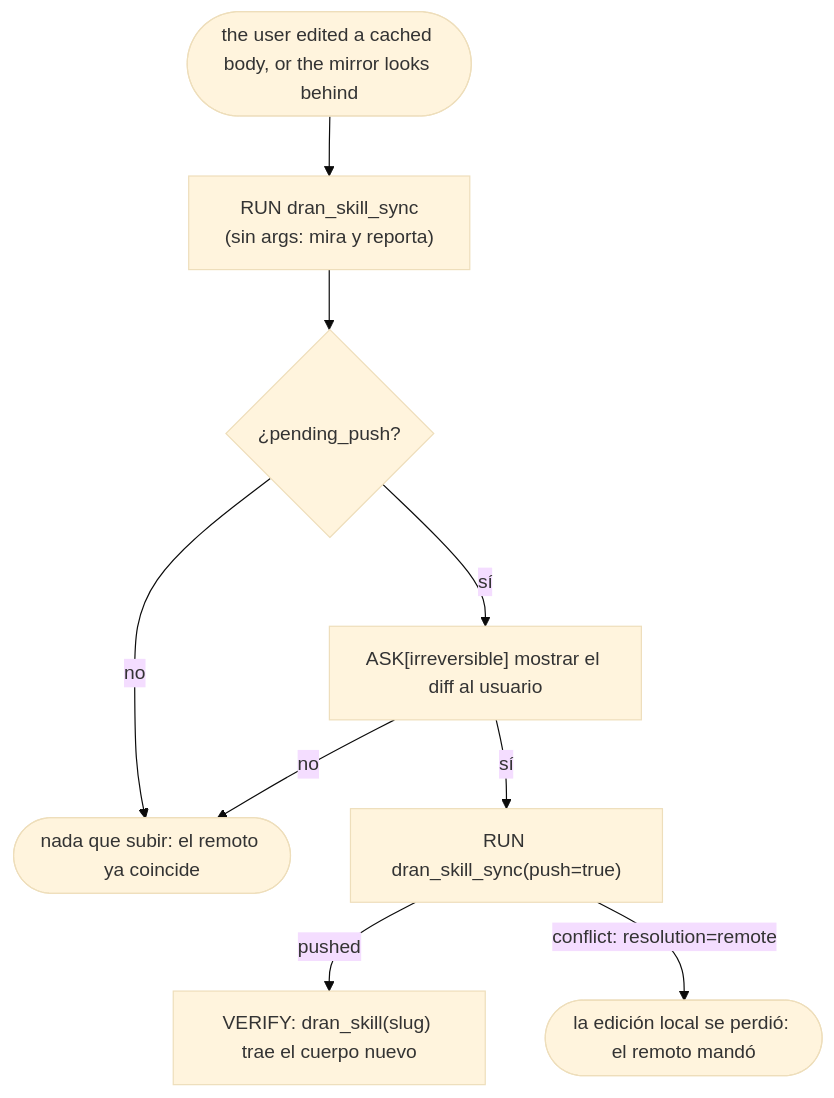
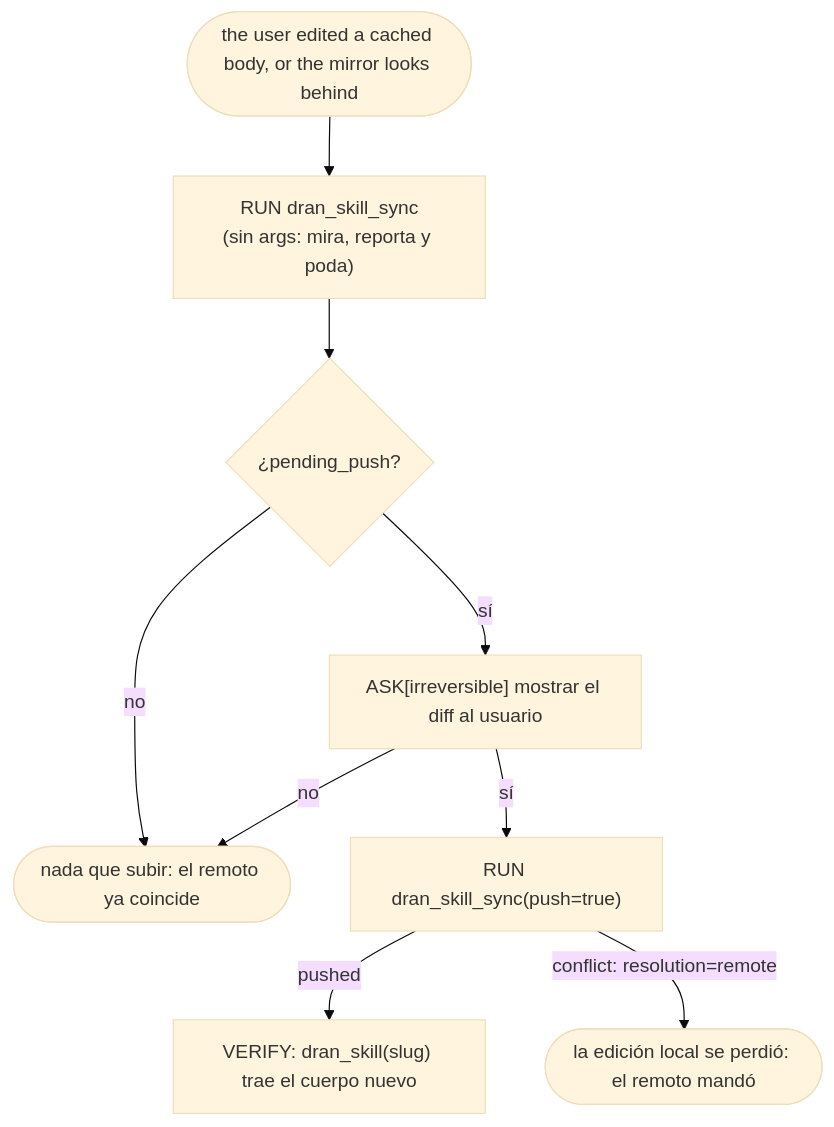
Before and after one commit to alvarolizama/dran: the fourth of 4 diagrams in hermes_plugin/dran/skills/skills-flow/SKILL.md, drawn with Mermaid (base theme). The commit also changed other lines of this file and 3 other files, not shown here.

First line of the commit message:
fix(plugin): dran_skill_sync poda los huérfanos del espejo

````diff
--- a/hermes_plugin/dran/skills/skills-flow/SKILL.md
+++ b/hermes_plugin/dran/skills/skills-flow/SKILL.md
@@ -143,11 +153,11 @@
 ```mermaid
 flowchart TD
-  C([the user edited a cached body, or the mirror looks behind]) --> S["RUN dran_skill_sync\n(sin args: mira y reporta)"]
+  C([the user edited a cached body, or the mirror looks behind]) --> S["RUN dran_skill_sync\n(sin args: mira, reporta y poda)"]
   S --> P{"¿pending_push?"}
   P -->|"no"| R([nada que subir: el remoto ya coincide])
   P -->|"sí"| A["ASK[irreversible] mostrar el diff al usuario"]
   A -->|"no"| R
   A -->|"sí"| PS["RUN dran_skill_sync(push=true)"]
   PS -->|"pushed"| V["VERIFY: dran_skill(slug) trae el cuerpo nuevo"]
   PS -->|"conflict: resolution=remote"| W([la edición local se perdió: el remoto mandó])
 ```
````
